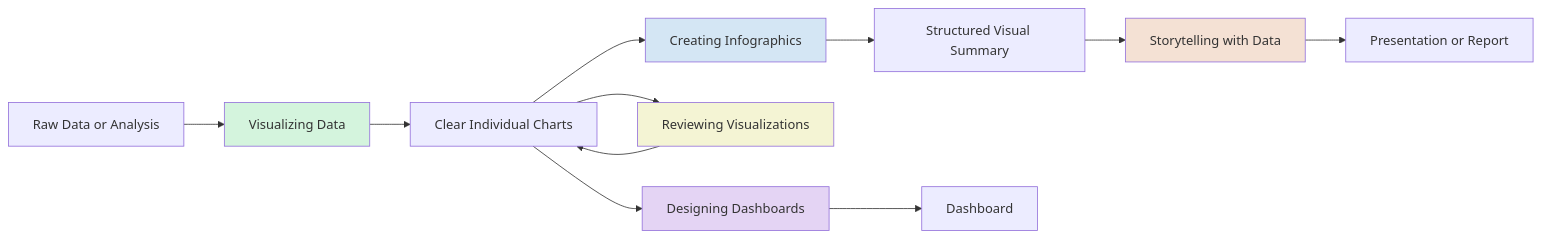
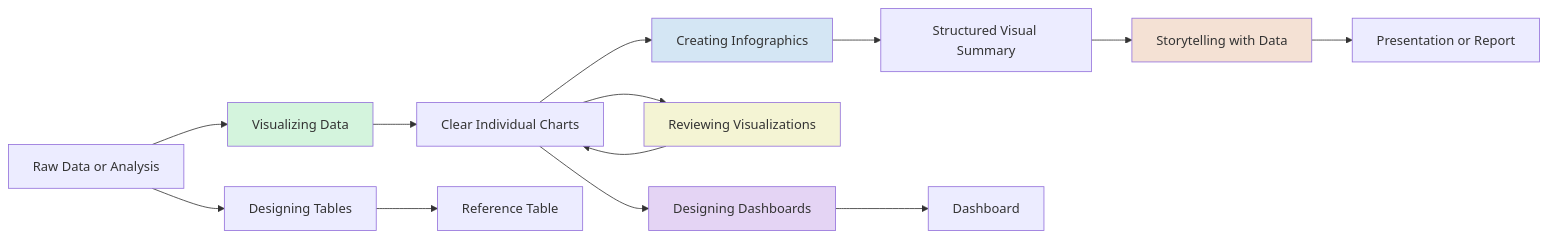
The first of 2 diagrams in README.md (oh-da/dataink), drawn with Mermaid before and after one commit. The commit also changed other lines of this file and 26 other files, not shown here.

````diff
--- a/README.md
+++ b/README.md
@@ -76,25 +77,28 @@
 ```mermaid
 flowchart LR
 
 A[Raw Data or Analysis] --> B[Visualizing Data]
 
 B --> C[Clear Individual Charts]
 
 C --> D[Creating Infographics]
 D --> E[Structured Visual Summary]
 
 E --> F[Storytelling with Data]
 F --> G[Presentation or Report]
 
 C --> H[Reviewing Visualizations]
 H --> C
 
 C --> I[Designing Dashboards]
 I --> J[Dashboard]
 
+A --> K[Designing Tables]
+K --> L[Reference Table]
+
 style B fill:#d4f4dd
 style D fill:#d4e6f4
 style F fill:#f4e1d4
 style H fill:#f4f4d4
 style I fill:#e4d4f4
 ```
````
